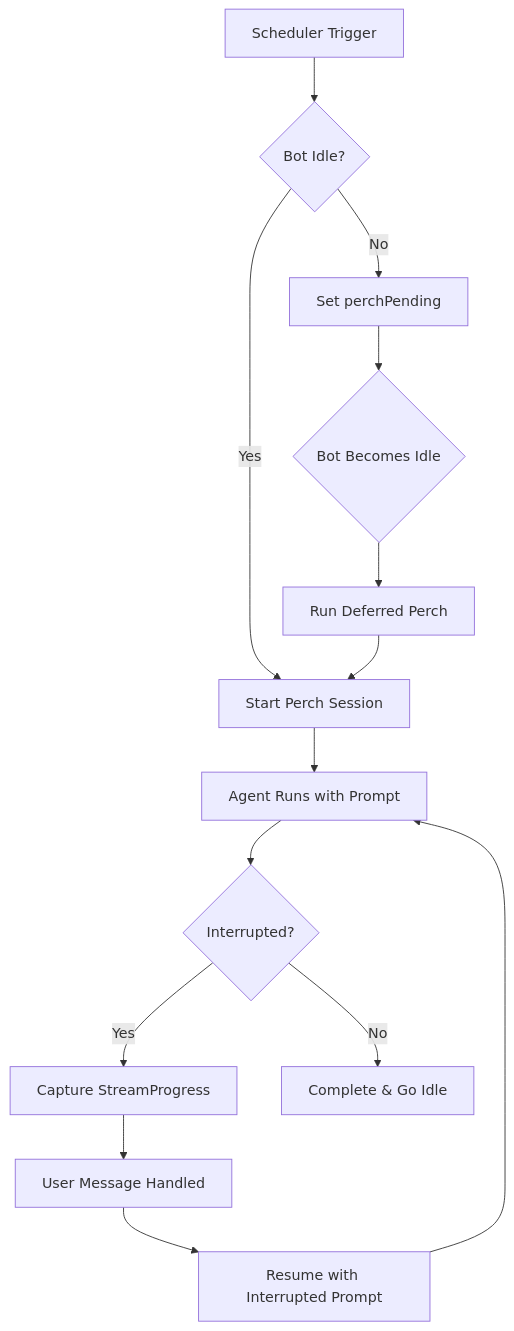
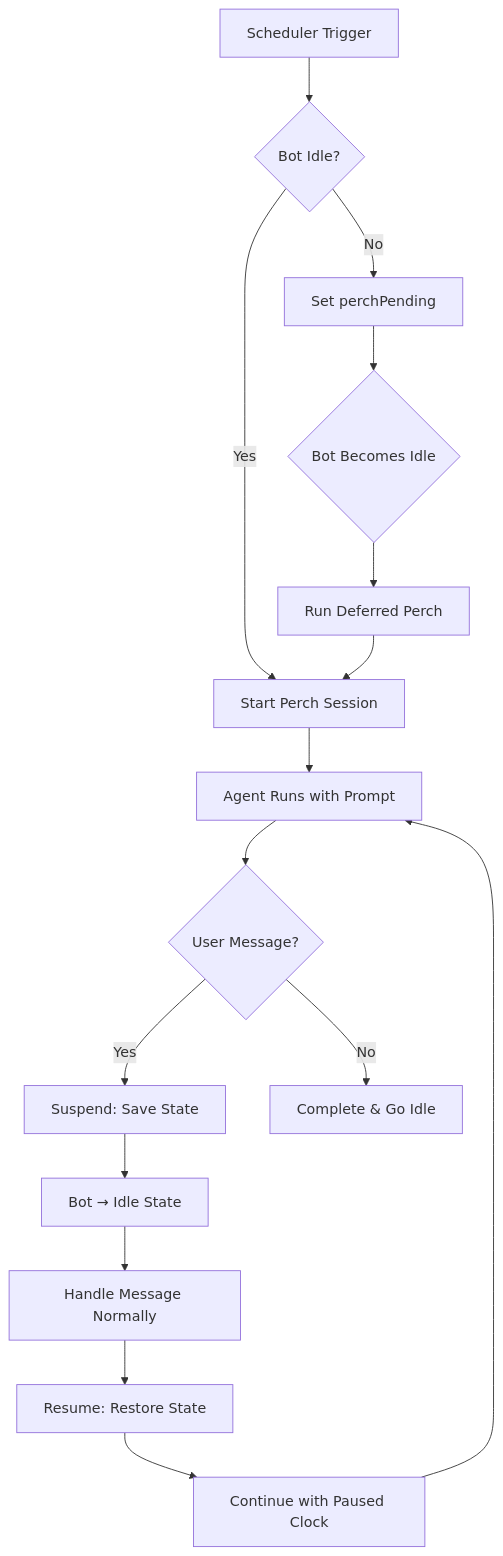
Before and after one commit to hughescr/isambard: the diagram in src/agent/perch/README.md, drawn with Mermaid. The commit also changed other lines of this file and 36 other files, not shown here.

First line of the commit message:
Refactor catch-up and perch to suspend/resume pattern, remove interrupted flag

````diff
--- a/src/agent/perch/README.md
+++ b/src/agent/perch/README.md
@@ -78,16 +83,18 @@
 ```mermaid
 graph TD
     A[Scheduler Trigger] --> B{Bot Idle?}
     B -->|Yes| C[Start Perch Session]
     B -->|No| D[Set perchPending]
     D --> E{Bot Becomes Idle}
     E --> F[Run Deferred Perch]
     F --> C
     C --> G[Agent Runs with Prompt]
-    G --> H{Interrupted?}
-    H -->|Yes| I[Capture StreamProgress]
+    G --> H{User Message?}
+    H -->|Yes| I[Suspend: Save State]
     H -->|No| J[Complete & Go Idle]
-    I --> K[User Message Handled]
-    K --> L[Resume with Interrupted Prompt]
-    L --> G
+    I --> K[Bot → Idle State]
+    K --> L[Handle Message Normally]
+    L --> M[Resume: Restore State]
+    M --> N[Continue with Paused Clock]
+    N --> G
 ```
````
